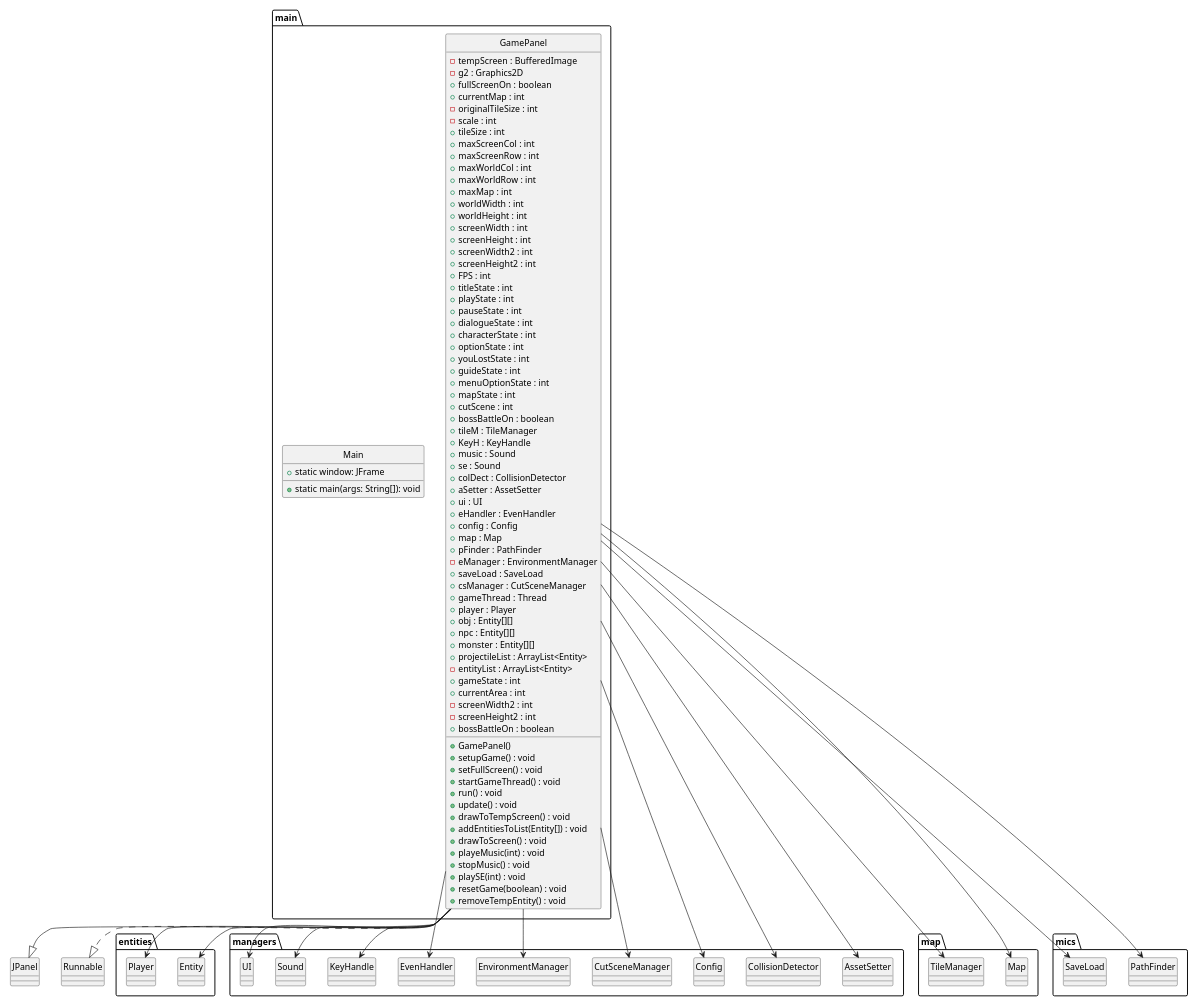
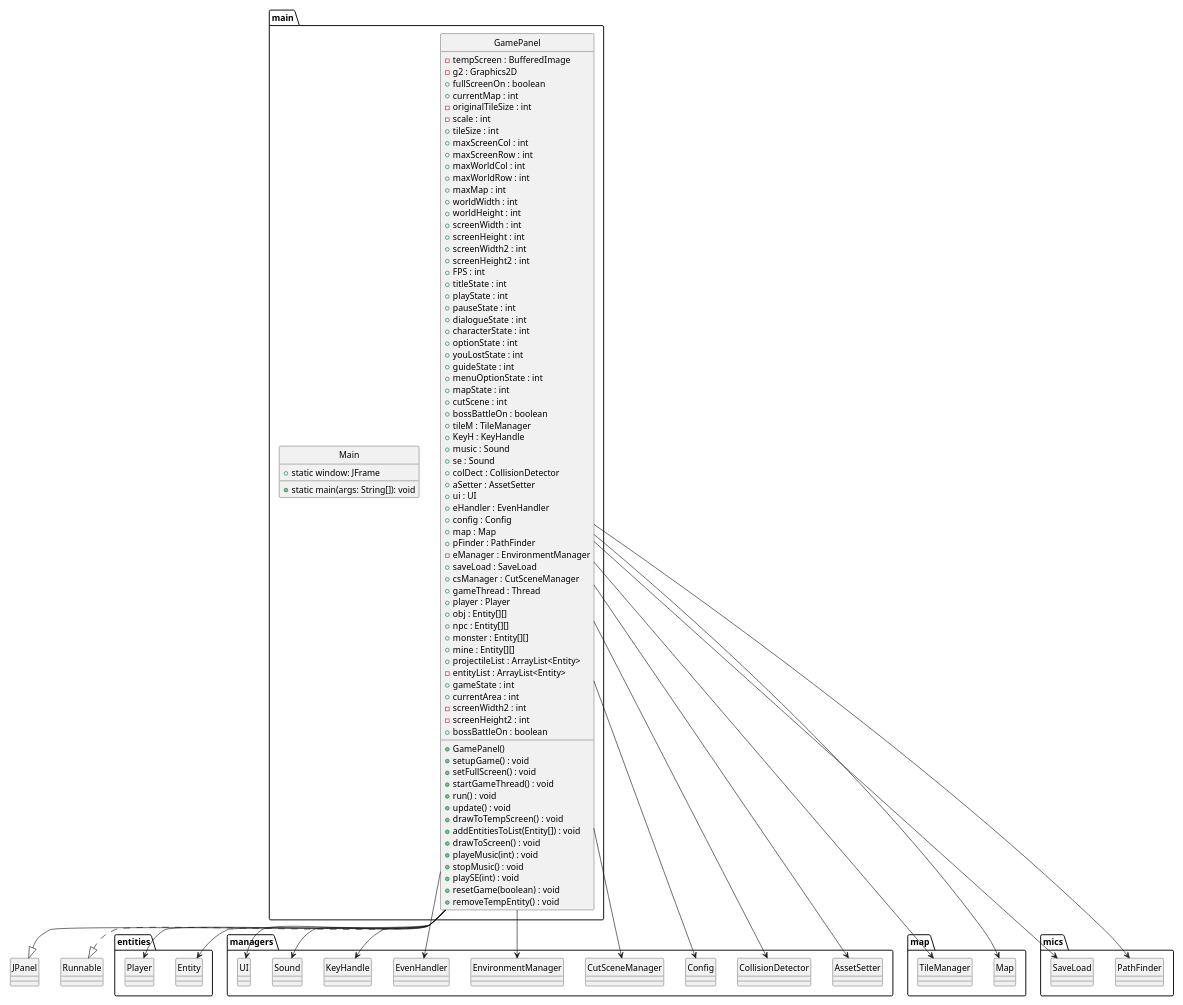
The diagram in Report/UML/main/main.puml (notrealqt/HCMIU-Escigma), drawn with PlantUML before and after one commit. The commit also changed 2 other files, not shown here.

Commit message:
Updated UML

```diff
--- a/Report/UML/main/main.puml
+++ b/Report/UML/main/main.puml
@@ -1,124 +1,126 @@
 @startuml "main"
 hide circle
 scale 1920*1080
 package main {
     class GamePanel {
         - tempScreen : BufferedImage
         - g2 : Graphics2D
         + fullScreenOn : boolean
         + currentMap : int
         - originalTileSize : int
         - scale : int
         + tileSize : int
         + maxScreenCol : int
         + maxScreenRow : int
         + maxWorldCol : int
         + maxWorldRow : int
         + maxMap : int
         + worldWidth : int
         + worldHeight : int
         + screenWidth : int
         + screenHeight : int
         + screenWidth2 : int
         + screenHeight2 : int
         + FPS : int
         + titleState : int
         + playState : int
         + pauseState : int
         + dialogueState : int
         + characterState : int
         + optionState : int
         + youLostState : int
         + guideState : int
         + menuOptionState : int
         + mapState : int
         + cutScene : int
         + bossBattleOn : boolean
         + tileM : TileManager
         + KeyH : KeyHandle
         + music : Sound
         + se : Sound
         + colDect : CollisionDetector
         + aSetter : AssetSetter
         + ui : UI
         + eHandler : EvenHandler
         + config : Config
         + map : Map
         + pFinder : PathFinder
         - eManager : EnvironmentManager
         + saveLoad : SaveLoad
         + csManager : CutSceneManager
         + gameThread : Thread
         + player : Player
         + obj : Entity[][]
         + npc : Entity[][]
         + monster : Entity[][]
+        + mine : Entity[][]
         + projectileList : ArrayList<Entity>
         - entityList : ArrayList<Entity>
         + gameState : int
         + currentArea : int
         - screenWidth2 : int
         - screenHeight2 : int
         + bossBattleOn : boolean
+        
         + GamePanel()
         + setupGame() : void
         + setFullScreen() : void
         + startGameThread() : void
         + run() : void
         + update() : void
         + drawToTempScreen() : void
         + addEntitiesToList(Entity[]) : void
         + drawToScreen() : void
         + playeMusic(int) : void
         + stopMusic() : void
         + playSE(int) : void
         + resetGame(boolean) : void
         + removeTempEntity() : void
     }
     class Main {
         + static window: JFrame
         + static main(args: String[]): void
     }
 }
 package entities {
     class Entity
     class Player
 }
 package managers {
     class AssetSetter
     class CollisionDetector
     class Config
     class CutSceneManager
     class EnvironmentManager
     class EvenHandler
     class KeyHandle
     class Sound
     class UI
 }
 package map {
     class Map
     class TileManager
 }
 package mics {
     class PathFinder
     class SaveLoad
 }
 
 GamePanel --> Entity
 GamePanel --> Player
 GamePanel --> AssetSetter
 GamePanel --> CollisionDetector
 GamePanel --> Config
 GamePanel --> CutSceneManager
 GamePanel --> EnvironmentManager
 GamePanel --> EvenHandler
 GamePanel --> KeyHandle
 GamePanel --> Sound
 GamePanel --> UI
 GamePanel --> Map
 GamePanel --> TileManager
 GamePanel --> PathFinder
 GamePanel --> SaveLoad
 GamePanel --|> JPanel
 GamePanel ..|> Runnable
 @enduml 
```
